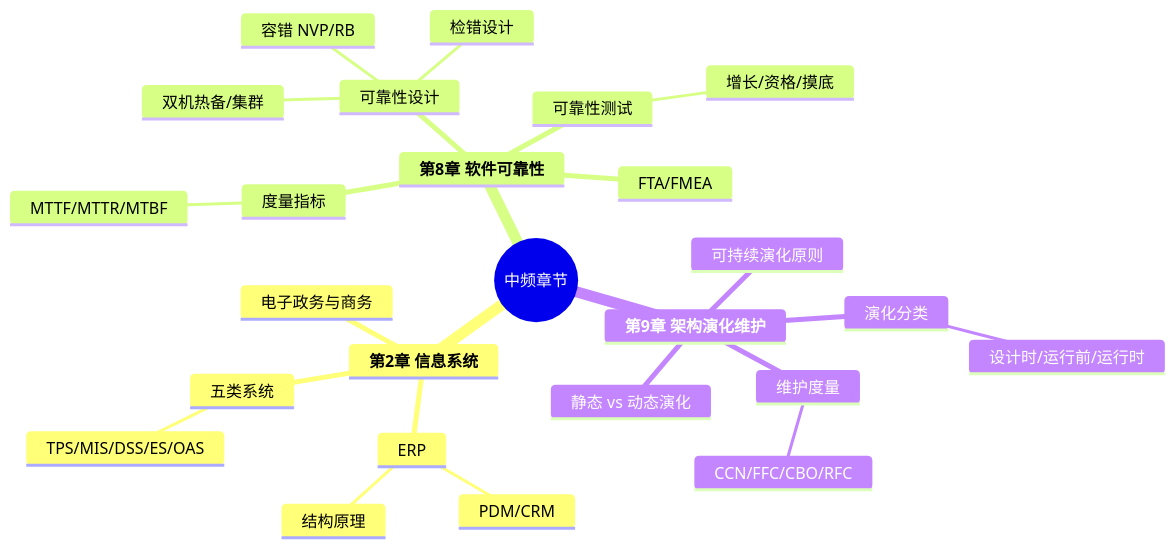
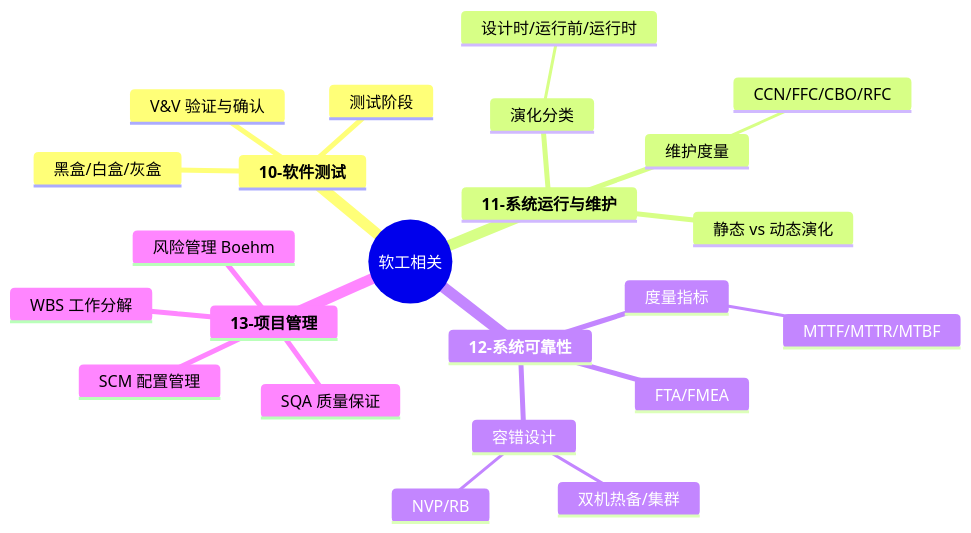
Before and after one commit to wanlinruo/system-architect-exam-prep: the seventh of 9 diagrams in 01-综合知识/00-综合知识全景图.md, drawn with Mermaid. The commit also changed other lines of this file and 2 other files, not shown here.

First line of the commit message:
docs(A3): 更新综合知识全景图，对齐红宝书16文件结构

````diff
--- a/01-综合知识/00-综合知识全景图.md
+++ b/01-综合知识/00-综合知识全景图.md
@@ -191,28 +212,26 @@
 ```mermaid
 mindmap
-  root((中频章节))
-    **第2章 信息系统**
-      五类系统
-        TPS/MIS/DSS/ES/OAS
-      ERP
-        结构原理
-        PDM/CRM
-      电子政务与商务
-    **第8章 软件可靠性**
-      度量指标
-        MTTF/MTTR/MTBF
-      可靠性设计
-        容错 NVP/RB
-        检错设计
-        双机热备/集群
-      可靠性测试
-        增长/资格/摸底
-      FTA/FMEA
-    **第9章 架构演化维护**
+  root((软工相关))
+    **10-软件测试**
+      黑盒/白盒/灰盒
+      V&V 验证与确认
+      测试阶段
+    **11-系统运行与维护**
       演化分类
         设计时/运行前/运行时
       静态 vs 动态演化
-      可持续演化原则
       维护度量
         CCN/FFC/CBO/RFC
+    **12-系统可靠性**
+      度量指标
+        MTTF/MTTR/MTBF
+      容错设计
+        NVP/RB
+        双机热备/集群
+      FTA/FMEA
+    **13-项目管理**
+      WBS 工作分解
+      SCM 配置管理
+      SQA 质量保证
+      风险管理 Boehm
 ```
````
